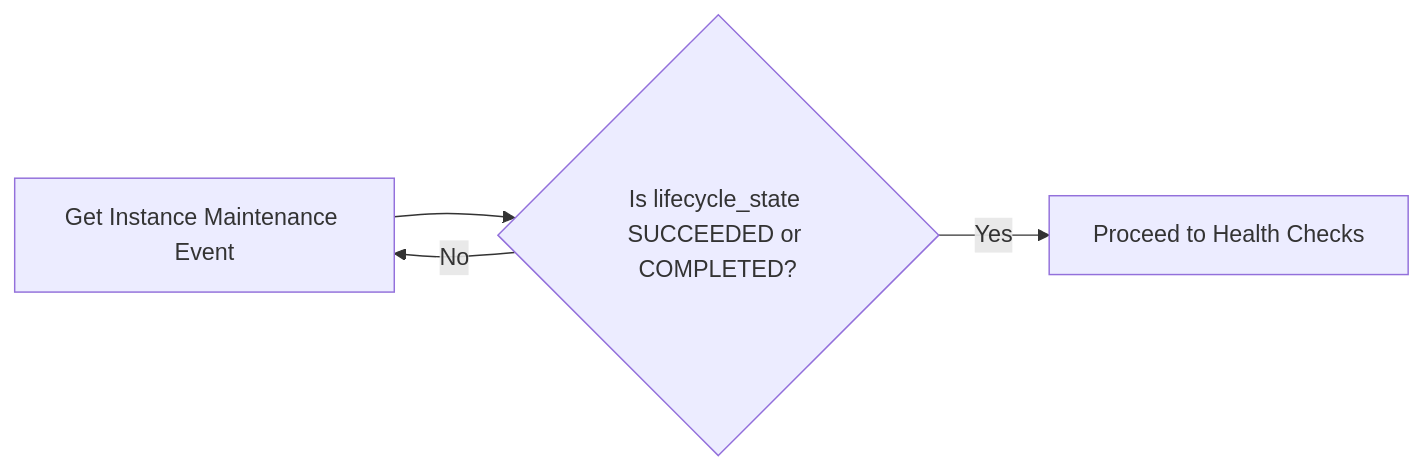
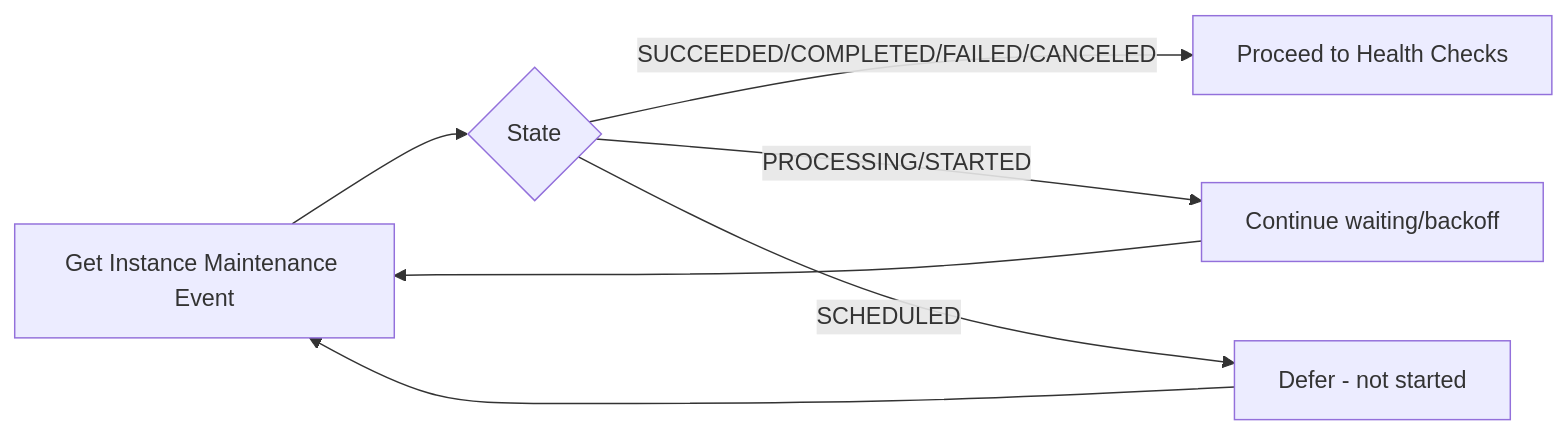
One commit to veeragoni/hpc-maintenance changed the fifth of 8 diagrams in README.md. Above: the diagram before and after it, drawn with Mermaid. The commit also changed other lines of this file, not shown here.

Commit message:
updated readme with udpated flows

````diff
--- a/README.md
+++ b/README.md
@@ -70,6 +86,9 @@
 ```mermaid
 graph LR
-    A[Get Instance Maintenance Event] --> B{Is lifecycle_state SUCCEEDED or COMPLETED?}
-    B -- Yes --> C[Proceed to Health Checks]
-    B -- No --> A
+    A[Get Instance Maintenance Event] --> B{State}
+    B -->|SUCCEEDED/COMPLETED/FAILED/CANCELED| C[Proceed to Health Checks]
+    B -->|PROCESSING/STARTED| D[Continue waiting/backoff]
+    B -->|SCHEDULED| E[Defer - not started]
+    D --> A
+    E --> A
 ```
````
